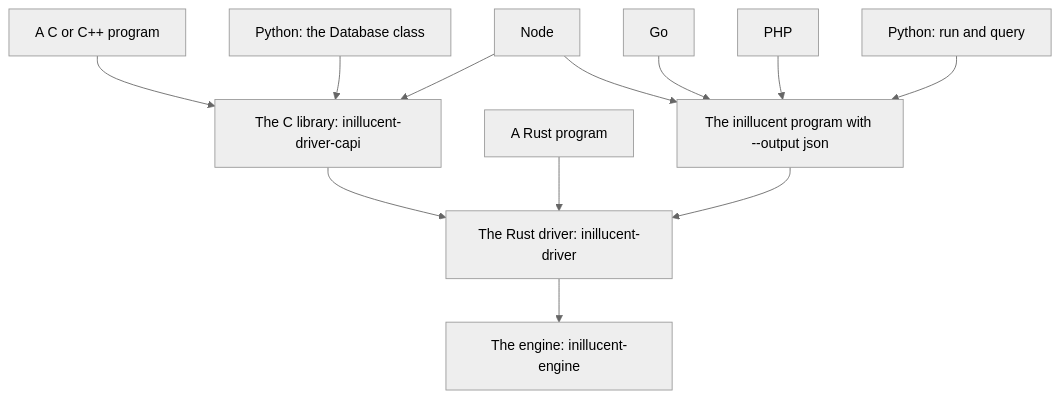
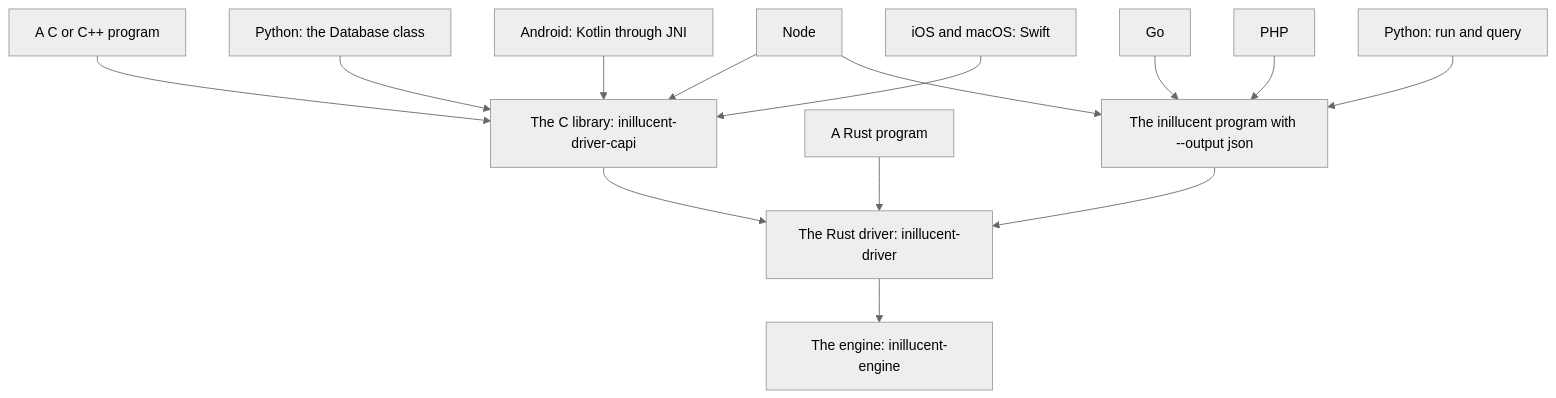
The diagram in drivers/README.md (Black-Rainbow-Labs/Inillucent), drawn with Mermaid (neutral theme) before and after one commit. The commit also changed other lines of this file and 49 other files, not shown here.

````diff
--- a/drivers/README.md
+++ b/drivers/README.md
@@ -26,14 +26,16 @@
 ```mermaid
 flowchart TB
     C["A C or C++ program"] --> CAPI["The C library: inillucent-driver-capi"]
     PY["Python: the Database class"] --> CAPI
     CAPI --> DRV["The Rust driver: inillucent-driver"]
     RUST["A Rust program"] --> DRV
     NODE["Node"] --> CAPI
     NODE --> CLI["The inillucent program with --output json"]
     GO["Go"] --> CLI
     PHP["PHP"] --> CLI
+    KT["Android: Kotlin through JNI"] --> CAPI
+    SW["iOS and macOS: Swift"] --> CAPI
     PYRUN["Python: run and query"] --> CLI
     CLI --> DRV
     DRV --> ENG["The engine: inillucent-engine"]
 ```
````
